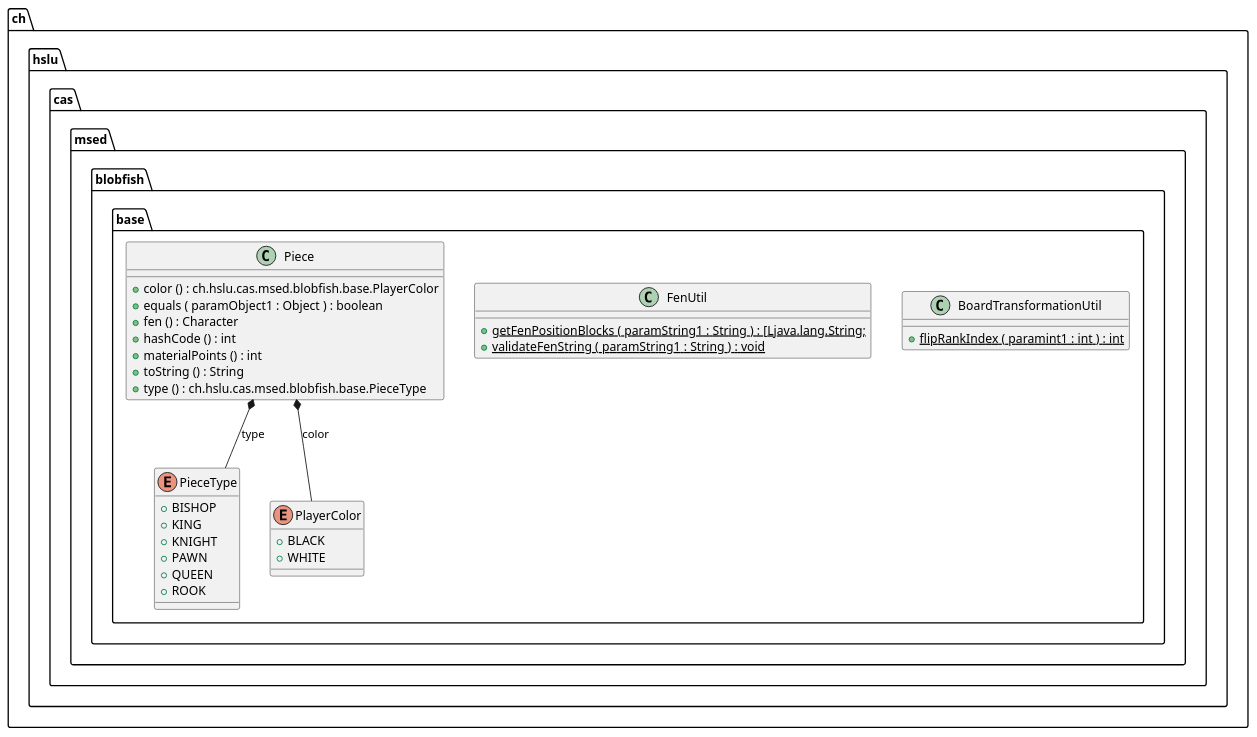
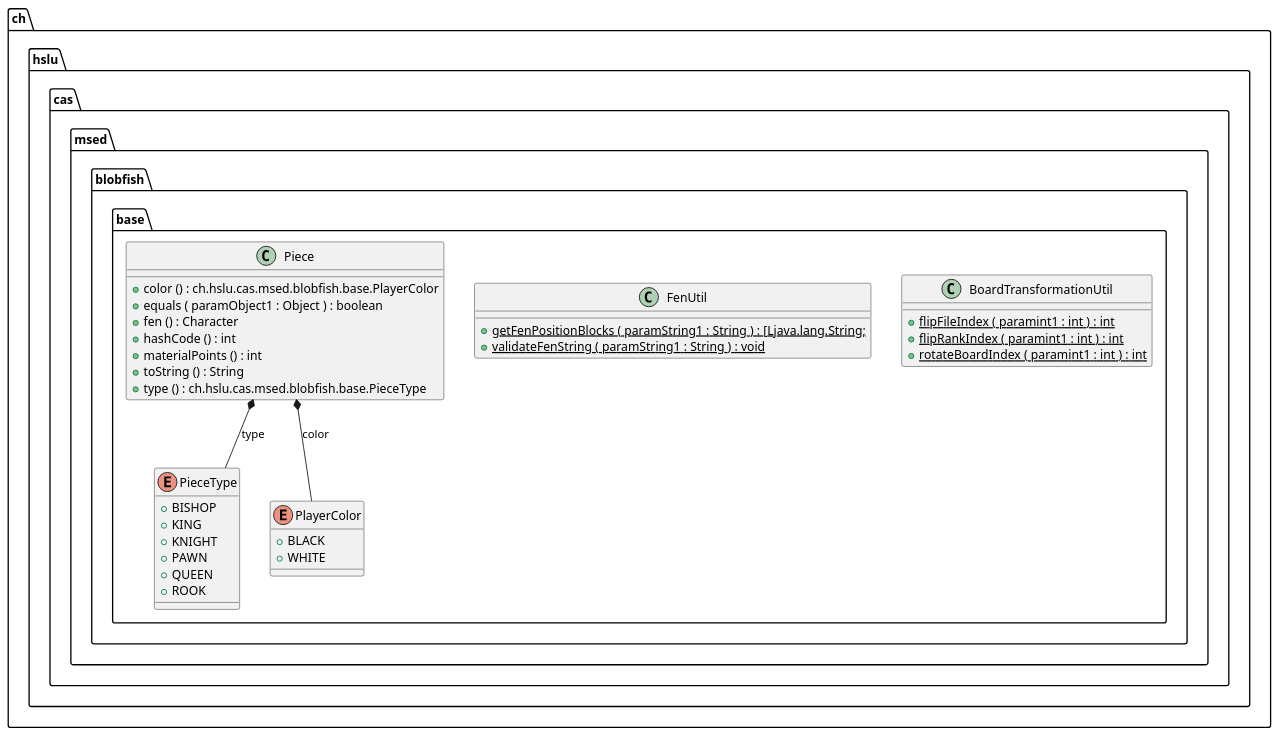
Before and after one commit to l2c0r3/blobfish: the diagram in docs/generated-diagrams/base.puml, drawn with PlantUML. The commit also changed 8 other files, not shown here.

Commit message:
update generated UML diagrams

```diff
--- a/docs/generated-diagrams/base.puml
+++ b/docs/generated-diagrams/base.puml
@@ -1,47 +1,49 @@
 @startuml
 
 class ch.hslu.cas.msed.blobfish.base.BoardTransformationUtil {
+	{method}  {static} +flipFileIndex ( paramint1 : int ) : int
 	{method}  {static} +flipRankIndex ( paramint1 : int ) : int
+	{method}  {static} +rotateBoardIndex ( paramint1 : int ) : int
 }
 
 
 class ch.hslu.cas.msed.blobfish.base.FenUtil {
 	{method}  {static} +getFenPositionBlocks ( paramString1 : String ) : [Ljava.lang.String;
 	{method}  {static} +validateFenString ( paramString1 : String ) : void
 }
 
 
 class ch.hslu.cas.msed.blobfish.base.Piece {
 	{method} +color () : ch.hslu.cas.msed.blobfish.base.PlayerColor
 	{method} +equals ( paramObject1 : Object ) : boolean
 	{method} +fen () : Character
 	{method} +hashCode () : int
 	{method} +materialPoints () : int
 	{method} +toString () : String
 	{method} +type () : ch.hslu.cas.msed.blobfish.base.PieceType
 }
 
 
 enum ch.hslu.cas.msed.blobfish.base.PieceType {
 	{field} +BISHOP
 	{field} +KING
 	{field} +KNIGHT
 	{field} +PAWN
 	{field} +QUEEN
 	{field} +ROOK
 }
 
 
 enum ch.hslu.cas.msed.blobfish.base.PlayerColor {
 	{field} +BLACK
 	{field} +WHITE
 }
 
 
 
 
 ch.hslu.cas.msed.blobfish.base.Piece *--  ch.hslu.cas.msed.blobfish.base.PieceType : type
 ch.hslu.cas.msed.blobfish.base.Piece *--  ch.hslu.cas.msed.blobfish.base.PlayerColor : color
 
 
 @enduml
```
